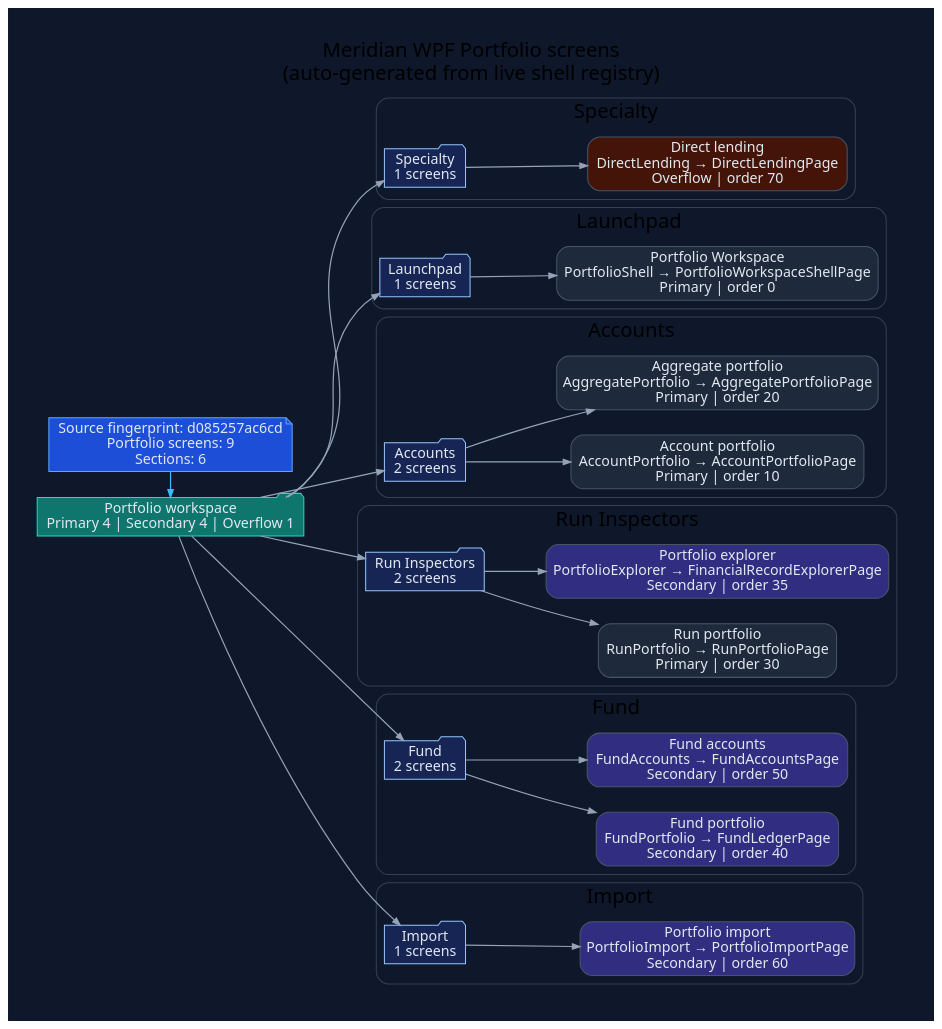
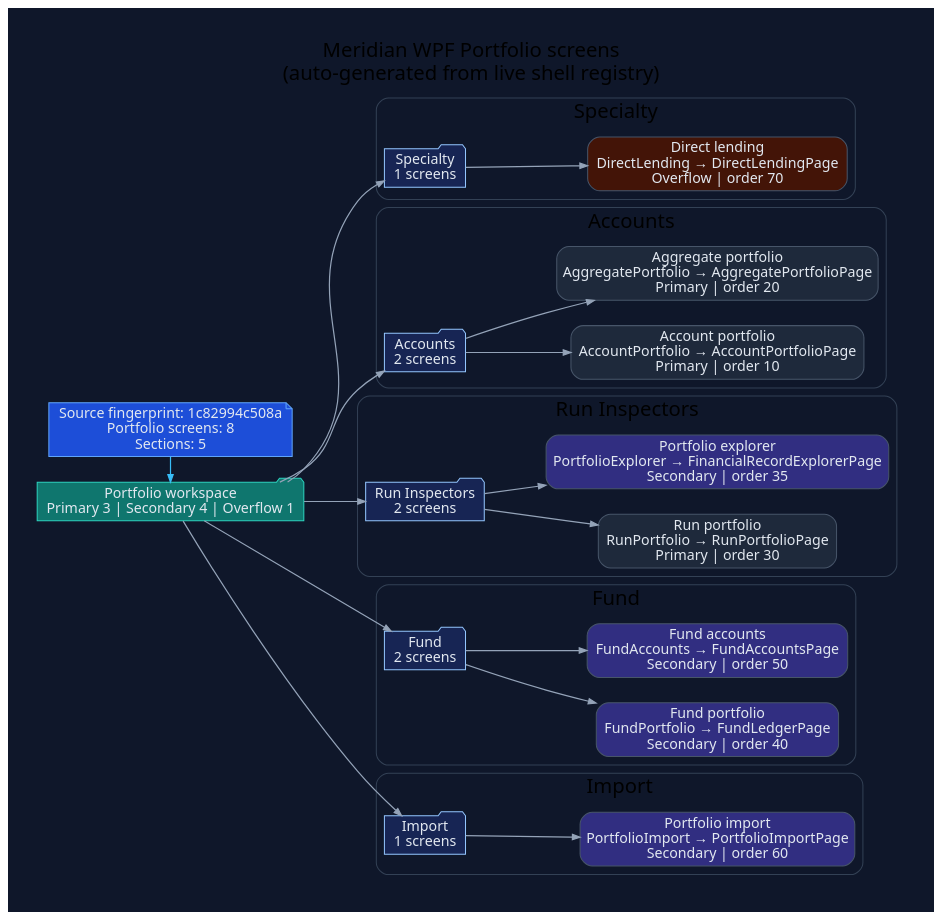
One commit to rodoHasArrived/Meridian-main changed the diagram in docs/diagrams/ui-wpf-screens-portfolio.dot. Above: the diagram before and after it, drawn with Graphviz. The commit also changed 50 other files, not shown here.

```diff
--- a/docs/diagrams/ui-wpf-screens-portfolio.dot
+++ b/docs/diagrams/ui-wpf-screens-portfolio.dot
@@ -1,92 +1,82 @@
 // -----------------------------------------------------------------------------
 // <auto-generated>
 // Generated by scripts/generate-diagrams.mjs.
 // Do not edit this file directly; update the WPF source files instead.
 // -----------------------------------------------------------------------------
 digraph WpfPortfolioScreens {
   graph [
     rankdir=LR,
     labelloc=t,
     label="Meridian WPF Portfolio screens\n(auto-generated from live shell registry)",
     fontname="Segoe UI",
     fontsize=20,
     pad=0.4,
     nodesep=0.35,
     ranksep=0.85,
     bgcolor="#0f172a"
   ];
   node [fontname="Segoe UI", shape=box, style="rounded,filled", color="#475569", fontcolor="#e2e8f0", fillcolor="#1e293b"];
   edge [fontname="Segoe UI", color="#94a3b8", penwidth=1.2, arrowsize=0.75];
 
-  generated [shape=note, fillcolor="#1d4ed8", color="#60a5fa", label="Source fingerprint: d085257ac6cd\nPortfolio screens: 9\nSections: 6"];
-  workspace [shape=folder, fillcolor="#0f766e", color="#2dd4bf", label="Portfolio workspace\nPrimary 4 | Secondary 4 | Overflow 1"];
+  generated [shape=note, fillcolor="#1d4ed8", color="#60a5fa", label="Source fingerprint: 1c82994c508a\nPortfolio screens: 8\nSections: 5"];
+  workspace [shape=folder, fillcolor="#0f766e", color="#2dd4bf", label="Portfolio workspace\nPrimary 3 | Secondary 4 | Overflow 1"];
   generated -> workspace [color="#38bdf8"];
 
   subgraph cluster_section_1 {
     label="Specialty";
     color="#334155";
     style="rounded";
     section_1 [shape=folder, fillcolor="#172554", color="#93c5fd", label="Specialty\n1 screens"];
     workspace -> section_1;
     screen_DirectLending [fillcolor="#431407", label="Direct lending\nDirectLending → DirectLendingPage\nOverflow | order 70"];
     section_1 -> screen_DirectLending;
   }
 
   subgraph cluster_section_2 {
-    label="Launchpad";
+    label="Accounts";
     color="#334155";
     style="rounded";
-    section_2 [shape=folder, fillcolor="#172554", color="#93c5fd", label="Launchpad\n1 screens"];
+    section_2 [shape=folder, fillcolor="#172554", color="#93c5fd", label="Accounts\n2 screens"];
     workspace -> section_2;
-    screen_PortfolioShell [fillcolor="#1e293b", label="Portfolio Workspace\nPortfolioShell → PortfolioWorkspaceShellPage\nPrimary | order 0"];
-    section_2 -> screen_PortfolioShell;
+    screen_AccountPortfolio [fillcolor="#1e293b", label="Account portfolio\nAccountPortfolio → AccountPortfolioPage\nPrimary | order 10"];
+    section_2 -> screen_AccountPortfolio;
+    screen_AggregatePortfolio [fillcolor="#1e293b", label="Aggregate portfolio\nAggregatePortfolio → AggregatePortfolioPage\nPrimary | order 20"];
+    section_2 -> screen_AggregatePortfolio;
   }
 
   subgraph cluster_section_3 {
-    label="Accounts";
+    label="Run Inspectors";
     color="#334155";
     style="rounded";
-    section_3 [shape=folder, fillcolor="#172554", color="#93c5fd", label="Accounts\n2 screens"];
+    section_3 [shape=folder, fillcolor="#172554", color="#93c5fd", label="Run Inspectors\n2 screens"];
     workspace -> section_3;
-    screen_AccountPortfolio [fillcolor="#1e293b", label="Account portfolio\nAccountPortfolio → AccountPortfolioPage\nPrimary | order 10"];
-    section_3 -> screen_AccountPortfolio;
-    screen_AggregatePortfolio [fillcolor="#1e293b", label="Aggregate portfolio\nAggregatePortfolio → AggregatePortfolioPage\nPrimary | order 20"];
-    section_3 -> screen_AggregatePortfolio;
+    screen_RunPortfolio [fillcolor="#1e293b", label="Run portfolio\nRunPortfolio → RunPortfolioPage\nPrimary | order 30"];
+    section_3 -> screen_RunPortfolio;
+    screen_PortfolioExplorer [fillcolor="#312e81", label="Portfolio explorer\nPortfolioExplorer → FinancialRecordExplorerPage\nSecondary | order 35"];
+    section_3 -> screen_PortfolioExplorer;
   }
 
   subgraph cluster_section_4 {
-    label="Run Inspectors";
+    label="Fund";
     color="#334155";
     style="rounded";
-    section_4 [shape=folder, fillcolor="#172554", color="#93c5fd", label="Run Inspectors\n2 screens"];
+    section_4 [shape=folder, fillcolor="#172554", color="#93c5fd", label="Fund\n2 screens"];
     workspace -> section_4;
-    screen_RunPortfolio [fillcolor="#1e293b", label="Run portfolio\nRunPortfolio → RunPortfolioPage\nPrimary | order 30"];
-    section_4 -> screen_RunPortfolio;
-    screen_PortfolioExplorer [fillcolor="#312e81", label="Portfolio explorer\nPortfolioExplorer → FinancialRecordExplorerPage\nSecondary | order 35"];
-    section_4 -> screen_PortfolioExplorer;
+    screen_FundPortfolio [fillcolor="#312e81", label="Fund portfolio\nFundPortfolio → FundLedgerPage\nSecondary | order 40"];
+    section_4 -> screen_FundPortfolio;
+    screen_FundAccounts [fillcolor="#312e81", label="Fund accounts\nFundAccounts → FundAccountsPage\nSecondary | order 50"];
+    section_4 -> screen_FundAccounts;
   }
 
   subgraph cluster_section_5 {
-    label="Fund";
-    color="#334155";
-    style="rounded";
-    section_5 [shape=folder, fillcolor="#172554", color="#93c5fd", label="Fund\n2 screens"];
-    workspace -> section_5;
-    screen_FundPortfolio [fillcolor="#312e81", label="Fund portfolio\nFundPortfolio → FundLedgerPage\nSecondary | order 40"];
-    section_5 -> screen_FundPortfolio;
-    screen_FundAccounts [fillcolor="#312e81", label="Fund accounts\nFundAccounts → FundAccountsPage\nSecondary | order 50"];
-    section_5 -> screen_FundAccounts;
-  }
-
-  subgraph cluster_section_6 {
     label="Import";
     color="#334155";
     style="rounded";
-    section_6 [shape=folder, fillcolor="#172554", color="#93c5fd", label="Import\n1 screens"];
-    workspace -> section_6;
+    section_5 [shape=folder, fillcolor="#172554", color="#93c5fd", label="Import\n1 screens"];
+    workspace -> section_5;
     screen_PortfolioImport [fillcolor="#312e81", label="Portfolio import\nPortfolioImport → PortfolioImportPage\nSecondary | order 60"];
-    section_6 -> screen_PortfolioImport;
+    section_5 -> screen_PortfolioImport;
   }
 
   { rank=min; generated; workspace; }
 }
```
